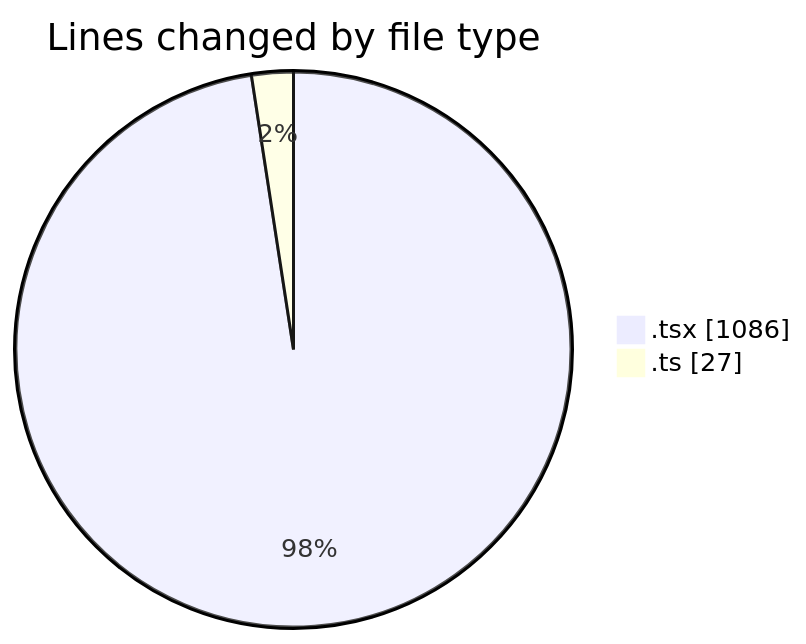
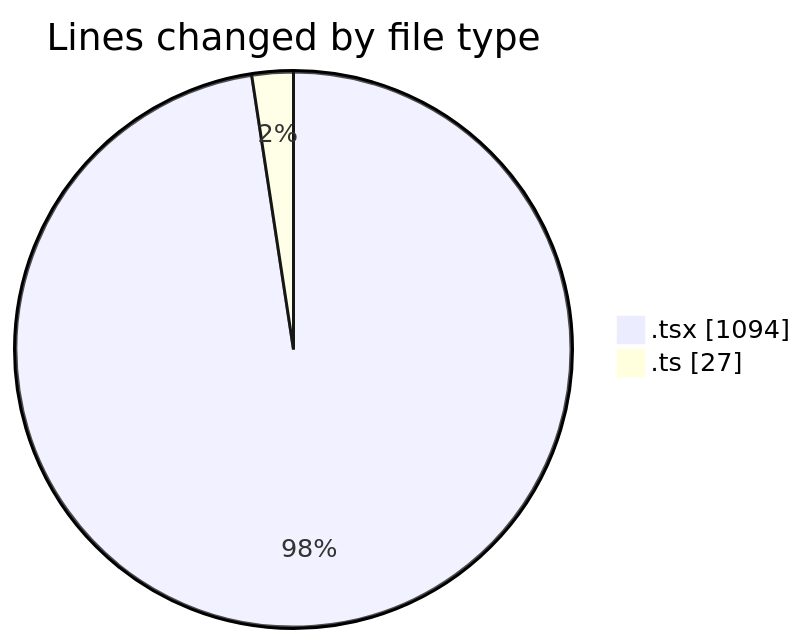
Before and after one commit to momahboobian/code-tracking: the first of 2 diagrams in 2025-02-11/cda/README.md, drawn with Mermaid. The commit also changed other lines of this file and 1 other file, not shown here.

````diff
--- a/2025-02-11/cda/README.md
+++ b/2025-02-11/cda/README.md
@@ -21,6 +21,6 @@
 ```mermaid
 pie showData
 title Lines changed by file type
-".tsx" : 1086
+".tsx" : 1094
 ".ts" : 27
 ```
````
